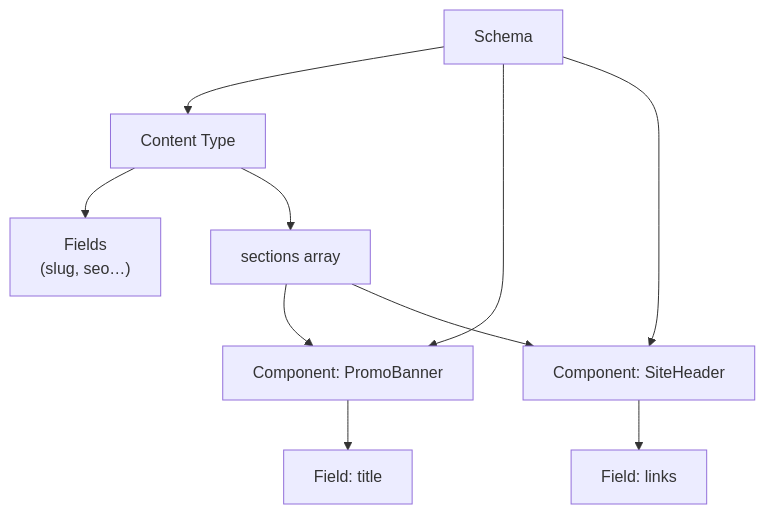
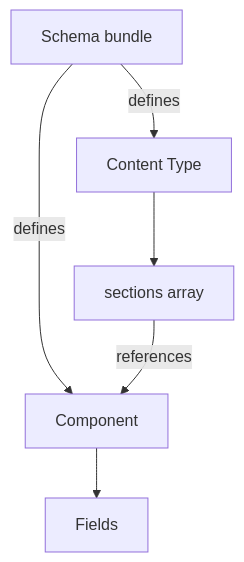
One commit to vtexdocs/dev-portal-content changed the diagram in docs/guides/CMS/Integrations/Headless/content-modeling-and-architecture.md. Above: the diagram before and after it, drawn with Mermaid. The commit also changed other lines of this file, not shown here.

Commit message:
fix markdown issues

````diff
--- a/docs/guides/CMS/Integrations/Headless/content-modeling-and-architecture.md
+++ b/docs/guides/CMS/Integrations/Headless/content-modeling-and-architecture.md
@@ -96,21 +96,14 @@
 ```mermaid
 flowchart TD
-  Schema["Schema"]
+  Schema["Schema bundle"]
   CT["Content Type"]
-  Fields["Fields<br/>(slug, seo…)"]
+  Comp["Component"]
   Sections["sections array"]
-  CompA["Component: PromoBanner"]
-  CompB["Component: SiteHeader"]
-  FieldA["Field: title"]
-  FieldB["Field: links"]
+  Fields["Fields"]
 
-  Schema --> CT
-  Schema --> CompA
-  Schema --> CompB
-  CT --> Fields
+  Schema -->|"defines"| CT
+  Schema -->|"defines"| Comp
   CT --> Sections
-  Sections --> CompA
-  Sections --> CompB
-  CompA --> FieldA
-  CompB --> FieldB
+  Sections -->|"references"| Comp
+  Comp --> Fields
 ```
````
